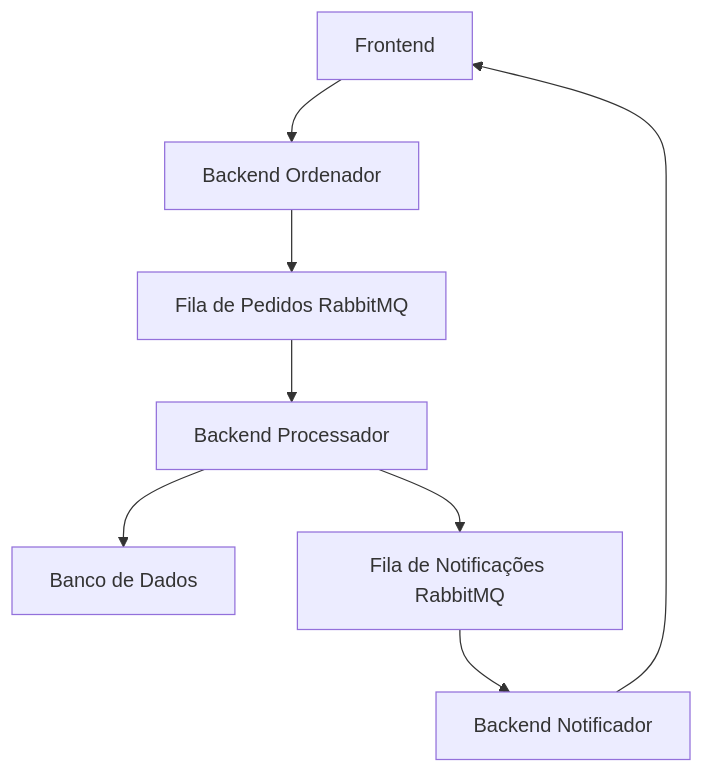
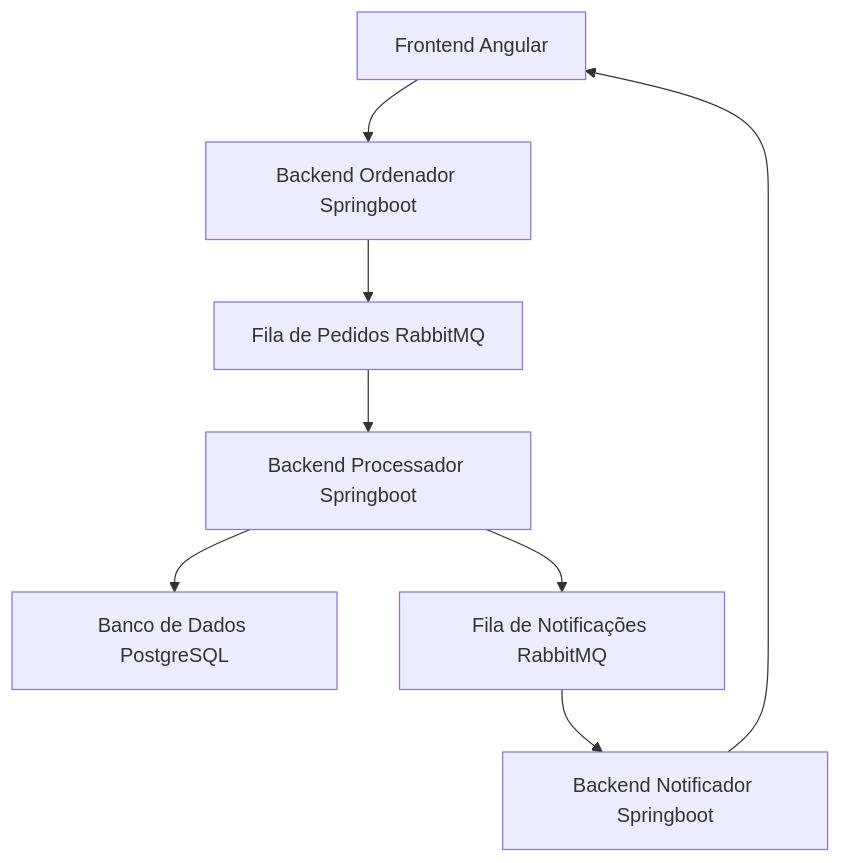
The diagram in README.md (bernardogomesrib/messageria), drawn with Mermaid before and after one commit. The commit also changed other lines of this file, not shown here.

````diff
--- a/README.md
+++ b/README.md
@@ -14,10 +14,10 @@
 ```mermaid
 graph TD
-    A[Frontend] --> B[Backend Ordenador]
+    A[Frontend] --> B[Backend Ordenador Springboot]
     B --> C[Fila de Pedidos RabbitMQ]
-    C --> D[Backend Processador]
-    D --> E[Banco de Dados]
+    C --> D[Backend Processador Springboot]
+    D --> E[Banco de Dados PostgreSQL]
     D --> F[Fila de Notificações RabbitMQ]
-    F --> G[Backend Notificador]
-    G --> A[Frontend]
+    F --> G[Backend Notificador Springboot]
+    G --> A[Frontend Angular]
 ```
````
